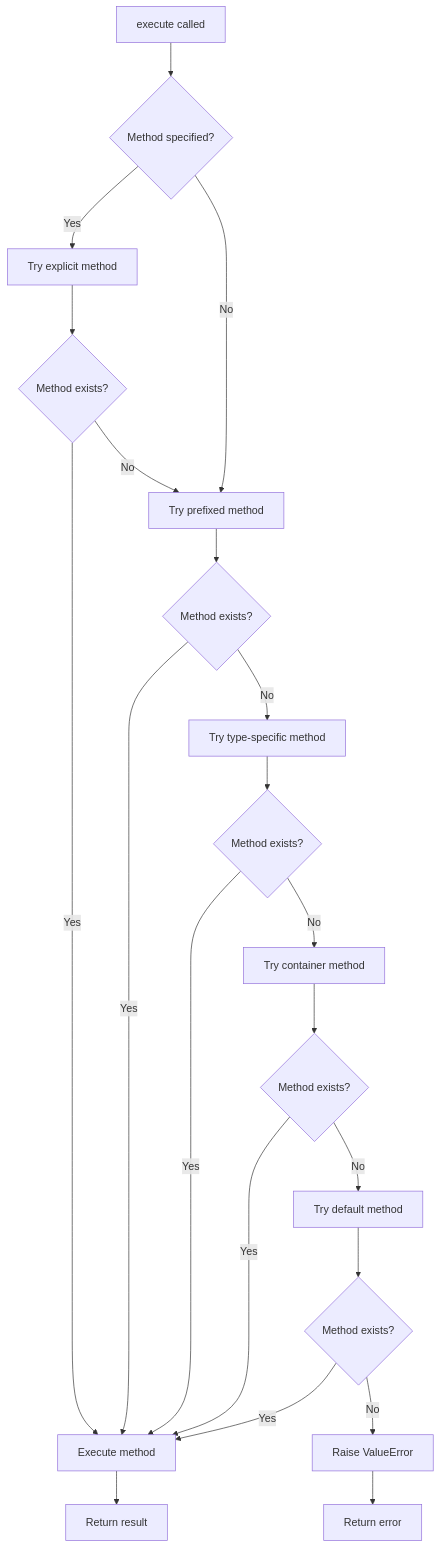
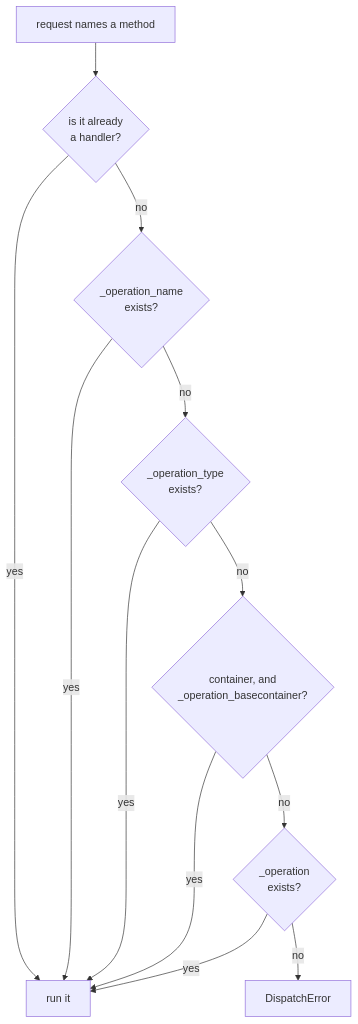
The fourth of 11 diagrams in docs/diagrams.md (Torward1024/MSB), drawn with Mermaid before and after one commit. The commit also changed other lines of this file and 5 other files, not shown here.

First line of the commit message:
12.08.2026 -- Rewrite base.md, docs/README.md, architecture.md and the diagrams.

````diff
--- a/docs/diagrams.md
+++ b/docs/diagrams.md
@@ -182,29 +144,14 @@
 ```mermaid
 flowchart TD
-    A[execute called] --> B{Method specified?}
-    B -->|Yes| C[Try explicit method]
-    B -->|No| D[Try prefixed method]
-
-    C --> E{Method exists?}
-    E -->|Yes| F[Execute method]
-    E -->|No| D
-
-    D --> G{Method exists?}
-    G -->|Yes| F
-    G -->|No| H[Try type-specific method]
-
-    H --> I{Method exists?}
-    I -->|Yes| F
-    I -->|No| J[Try container method]
-
-    J --> K{Method exists?}
-    K -->|Yes| F
-    K -->|No| L[Try default method]
-
-    L --> M{Method exists?}
-    M -->|Yes| F
-    M -->|No| N[Raise ValueError]
-
-    F --> O[Return result]
-    N --> P[Return error]
+    A["request names a method"] --> B{"is it already<br/>a handler?"}
+    B -->|yes| Z["run it"]
+    B -->|no| C{"_operation_name<br/>exists?"}
+    C -->|yes| Z
+    C -->|no| D{"_operation_type<br/>exists?"}
+    D -->|yes| Z
+    D -->|no| E{"container, and<br/>_operation_basecontainer?"}
+    E -->|yes| Z
+    E -->|no| F{"_operation<br/>exists?"}
+    F -->|yes| Z
+    F -->|no| G["DispatchError"]
 ```
````
